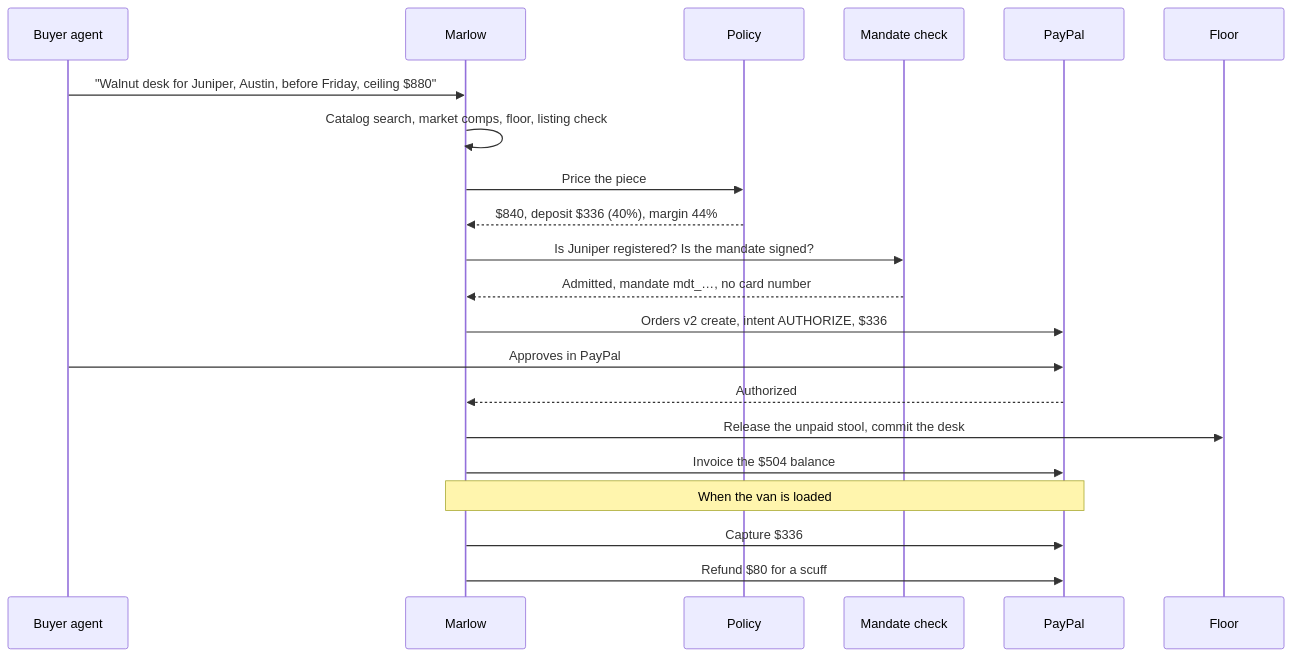
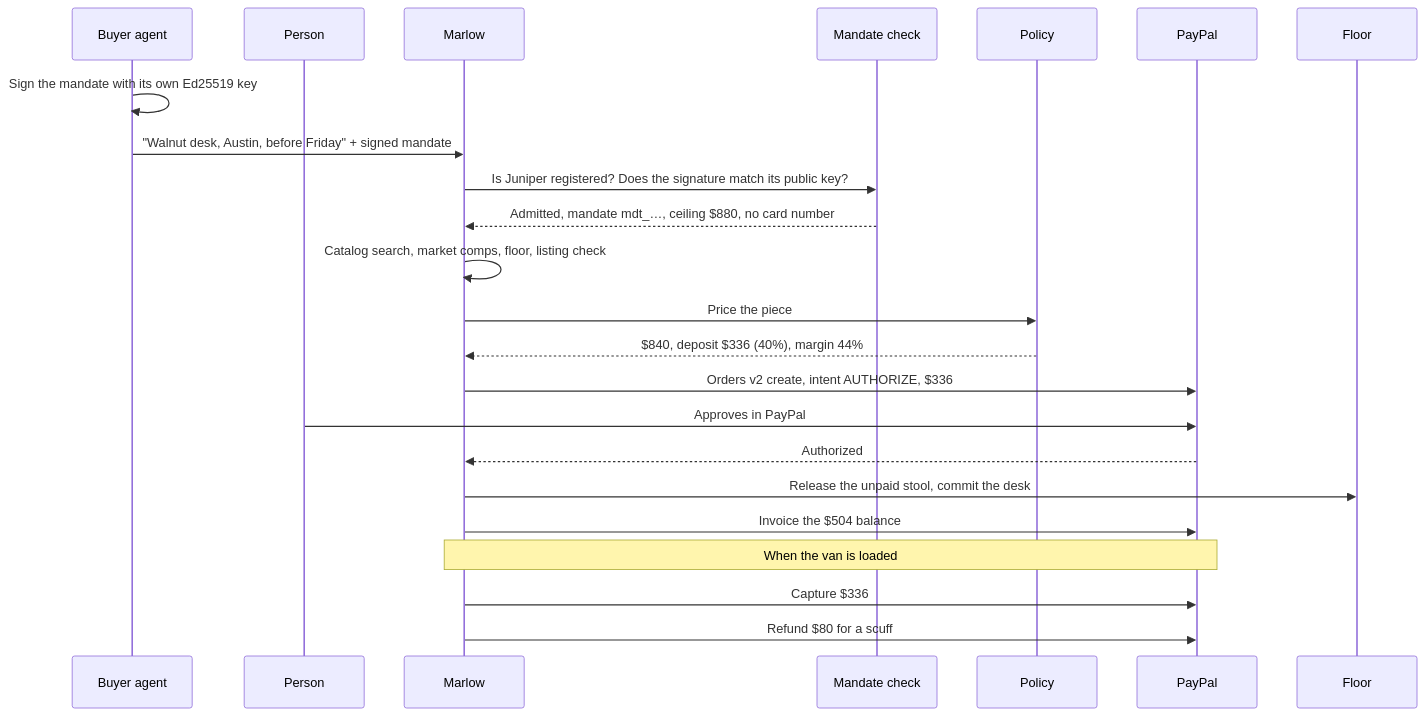
One commit to chhaviiiii/marlow changed the diagram in README.md. Above: the diagram before and after it, drawn with Mermaid. The commit also changed other lines of this file and 6 other files, not shown here.

````diff
--- a/README.md
+++ b/README.md
@@ -68,23 +71,25 @@
 ```mermaid
 sequenceDiagram
     participant B as Buyer agent
+    participant H as Person
     participant M as Marlow
+    participant G as Mandate check
     participant P as Policy
-    participant G as Mandate check
     participant PP as PayPal
     participant F as Floor
-    B->>M: "Walnut desk for Juniper, Austin, before Friday, ceiling $880"
+    B->>B: Sign the mandate with its own Ed25519 key
+    B->>M: "Walnut desk, Austin, before Friday" + signed mandate
+    M->>G: Is Juniper registered? Does the signature match its public key?
+    G-->>M: Admitted, mandate mdt_…, ceiling $880, no card number
     M->>M: Catalog search, market comps, floor, listing check
     M->>P: Price the piece
     P-->>M: $840, deposit $336 (40%), margin 44%
-    M->>G: Is Juniper registered? Is the mandate signed?
-    G-->>M: Admitted, mandate mdt_…, no card number
     M->>PP: Orders v2 create, intent AUTHORIZE, $336
-    B->>PP: Approves in PayPal
+    H->>PP: Approves in PayPal
     PP-->>M: Authorized
     M->>F: Release the unpaid stool, commit the desk
     M->>PP: Invoice the $504 balance
     Note over M,PP: When the van is loaded
     M->>PP: Capture $336
     M->>PP: Refund $80 for a scuff
 ```
````
